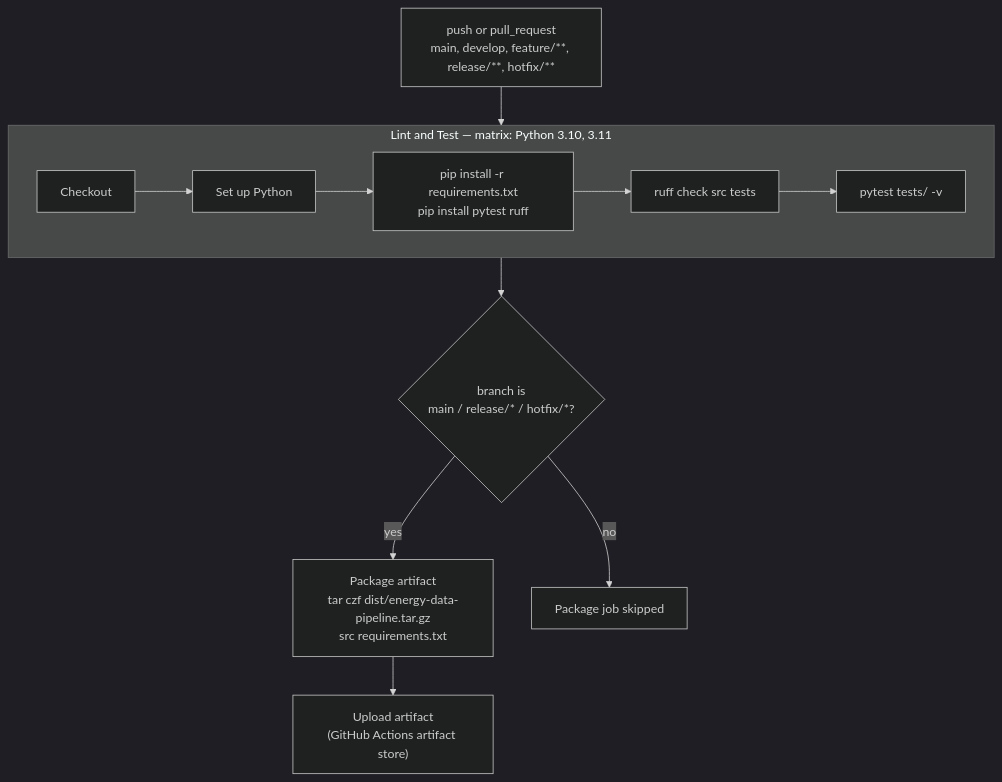
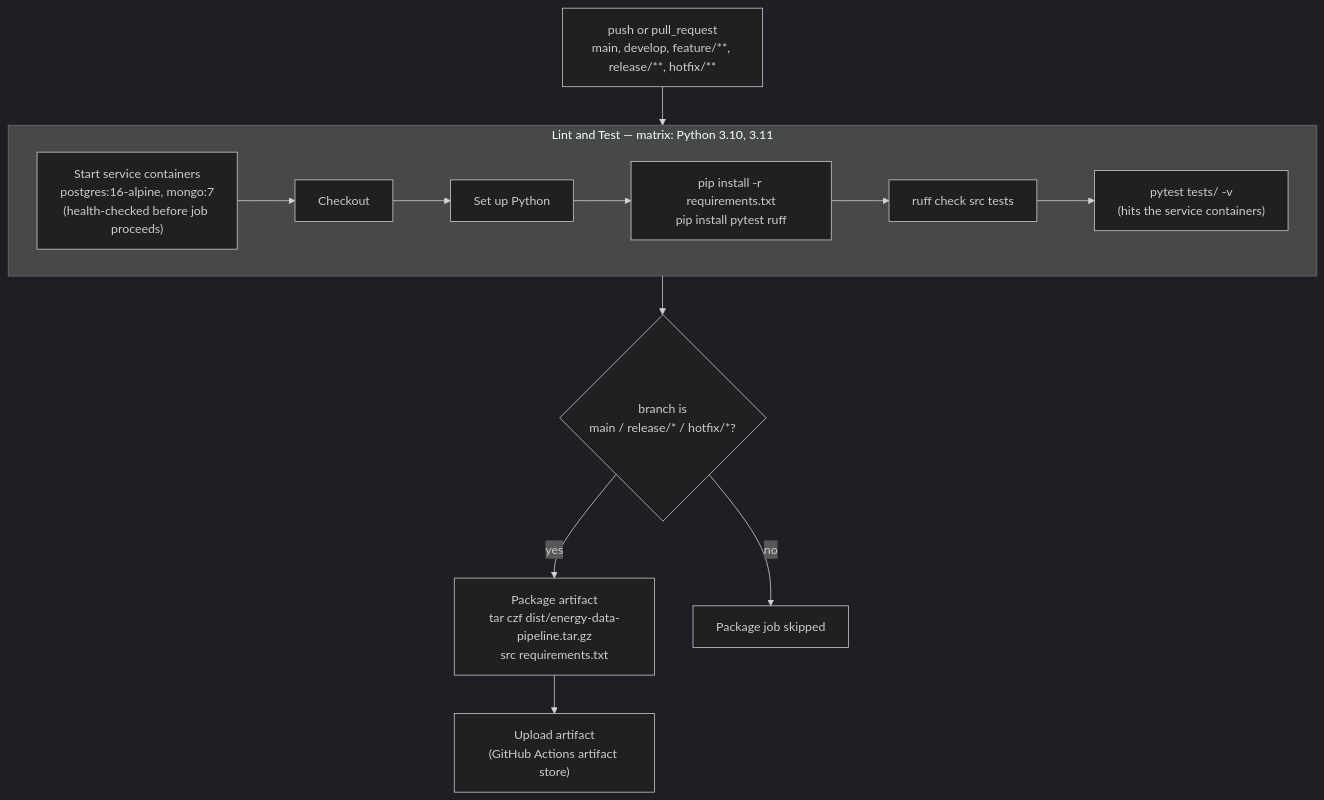
The sixth of 7 diagrams in docs/DIAGRAMS.md (squirke1/energy-data-pipeline), drawn with Mermaid (dark theme) before and after one commit. The commit also changed other lines of this file and 19 other files, not shown here.

````diff
--- a/docs/DIAGRAMS.md
+++ b/docs/DIAGRAMS.md
@@ -190,14 +212,14 @@
 ```mermaid
 flowchart TD
-    TRIGGER["push or pull_request<br/>main, develop, feature/**, release/**, hotfix/**"] --> M1
+    TRIGGER["push or pull_request<br/>main, develop, feature/**, release/**, hotfix/**"] --> SVC
 
     subgraph matrix["Lint and Test — matrix: Python 3.10, 3.11"]
         direction LR
-        M1["Checkout"] --> M2["Set up Python"] --> M3["pip install -r requirements.txt<br/>pip install pytest ruff"] --> M4["ruff check src tests"] --> M5["pytest tests/ -v"]
+        SVC["Start service containers<br/>postgres:16-alpine, mongo:7<br/>(health-checked before job proceeds)"] --> M1["Checkout"] --> M2["Set up Python"] --> M3["pip install -r requirements.txt<br/>pip install pytest ruff"] --> M4["ruff check src tests"] --> M5["pytest tests/ -v<br/>(hits the service containers)"]
     end
 
     M5 --> GATE{"branch is<br/>main / release/* / hotfix/*?"}
     GATE -- yes --> PKG["Package artifact<br/>tar czf dist/energy-data-pipeline.tar.gz<br/>src requirements.txt"]
     GATE -- no --> SKIP["Package job skipped"]
     PKG --> UPLOAD["Upload artifact<br/>(GitHub Actions artifact store)"]
 ```
````
